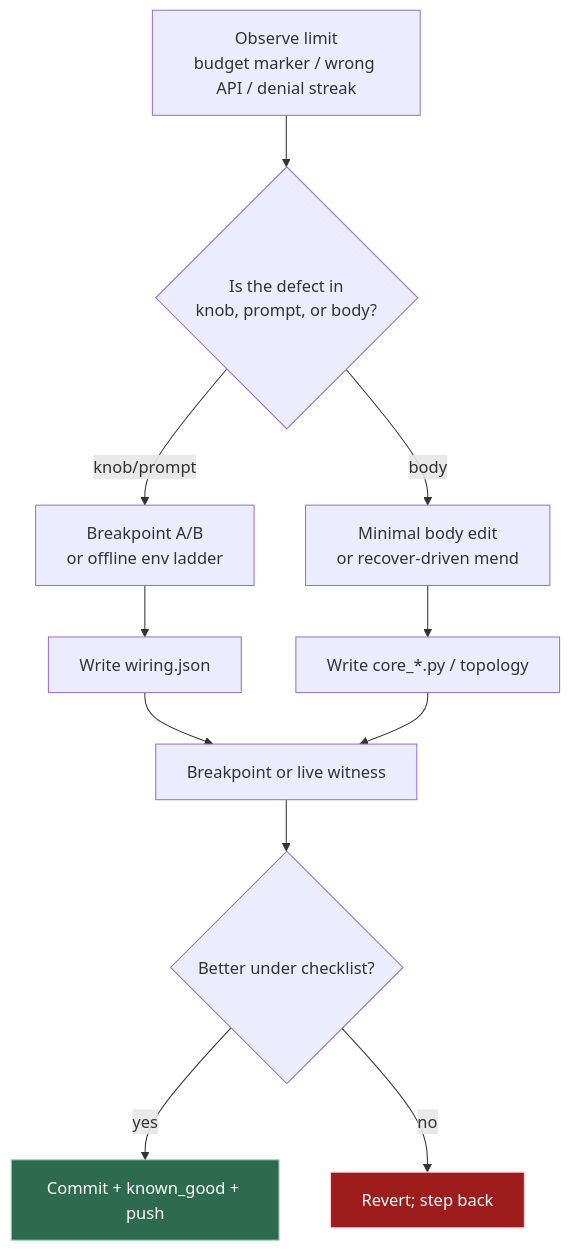
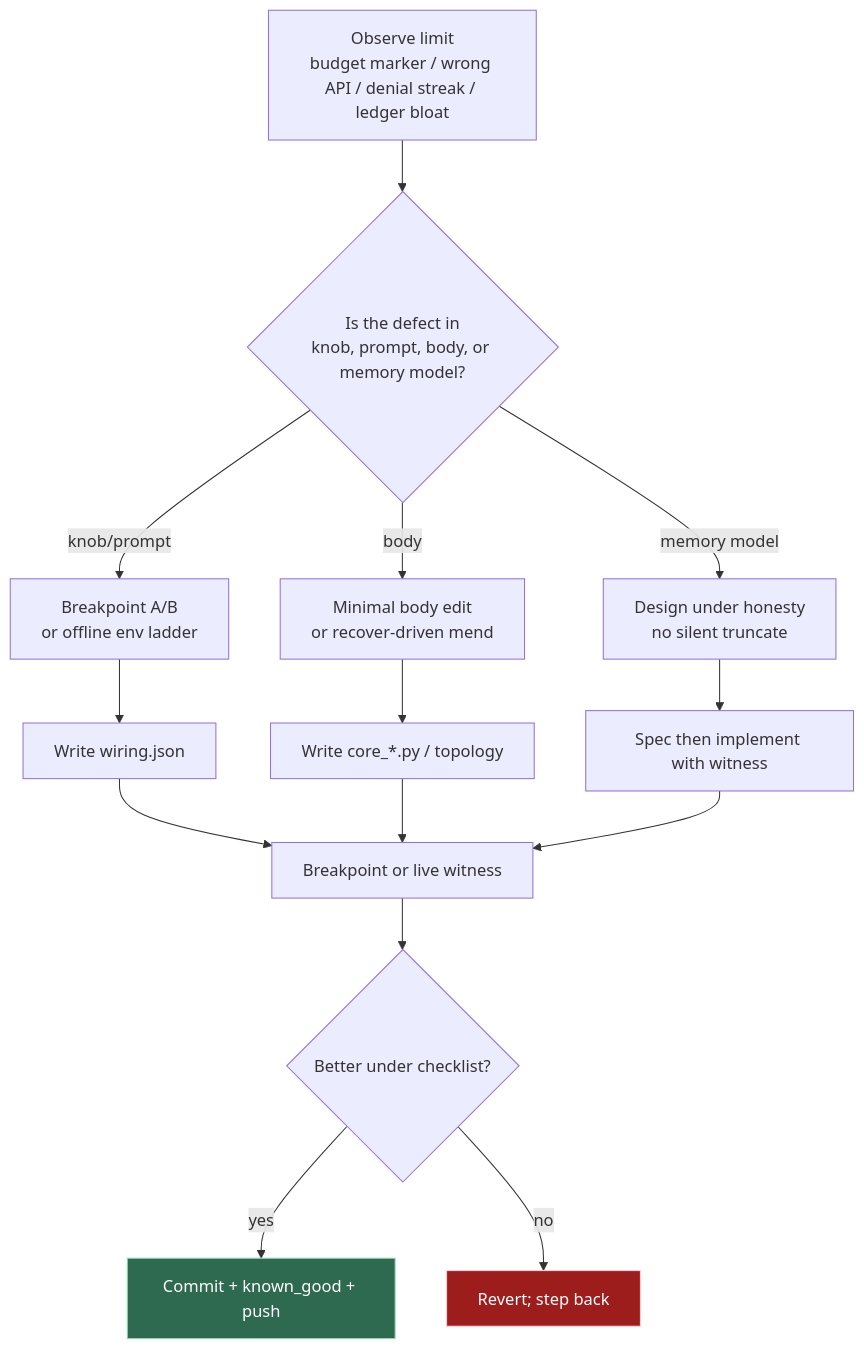
Diagram 11 of 11 in README.md (wgabrys88/endgame-ai), drawn with Mermaid before and after one commit. The commit also changed other lines of this file and 3 other files, not shown here.

````diff
--- a/README.md
+++ b/README.md
@@ -1156,18 +1337,21 @@
 ```mermaid
 flowchart TD
-    S["Observe limit<br/>budget marker / wrong API / denial streak"] --> H{"Is the defect in<br/>knob, prompt, or body?"}
+    S["Observe limit<br/>budget marker / wrong API / denial streak / ledger bloat"] --> H{"Is the defect in<br/>knob, prompt, body, or memory model?"}
     H -- knob/prompt --> T["Breakpoint A/B<br/>or offline env ladder"]
     H -- body --> R["Minimal body edit<br/>or recover-driven mend"]
+    H -- memory model --> M["Design under honesty<br/>no silent truncate"]
     T --> W["Write wiring.json"]
     R --> W2["Write core_*.py / topology"]
+    M --> W3["Spec then implement with witness"]
     W --> V["Breakpoint or live witness"]
     W2 --> V
+    W3 --> V
     V --> C{"Better under checklist?"}
     C -- yes --> G["Commit + known_good + push"]
     C -- no --> X["Revert; step back"]
 
     classDef ok fill:#2d6a4f,stroke:#95d5b2,color:#ffffff;
     classDef bad fill:#9d1c1c,stroke:#ffccd5,color:#ffffff;
     class G ok;
     class X bad;
 ```
````
